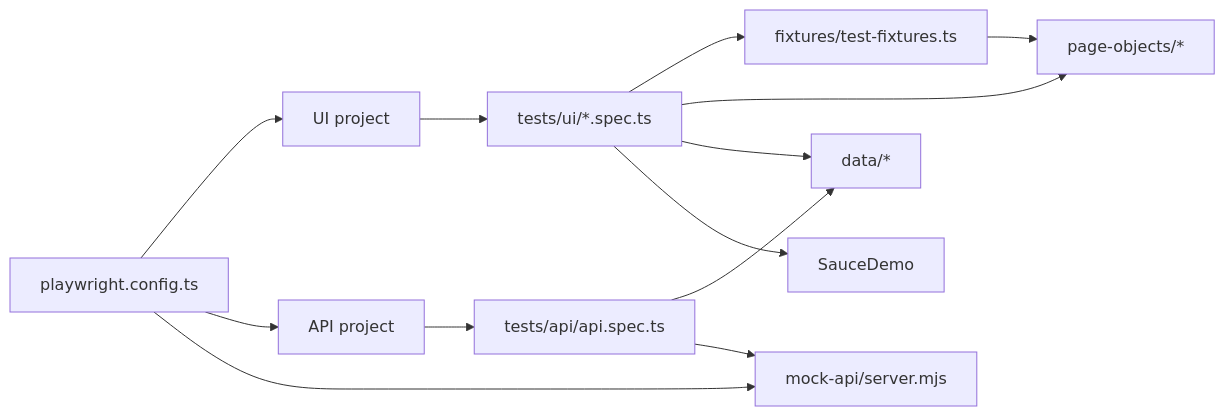
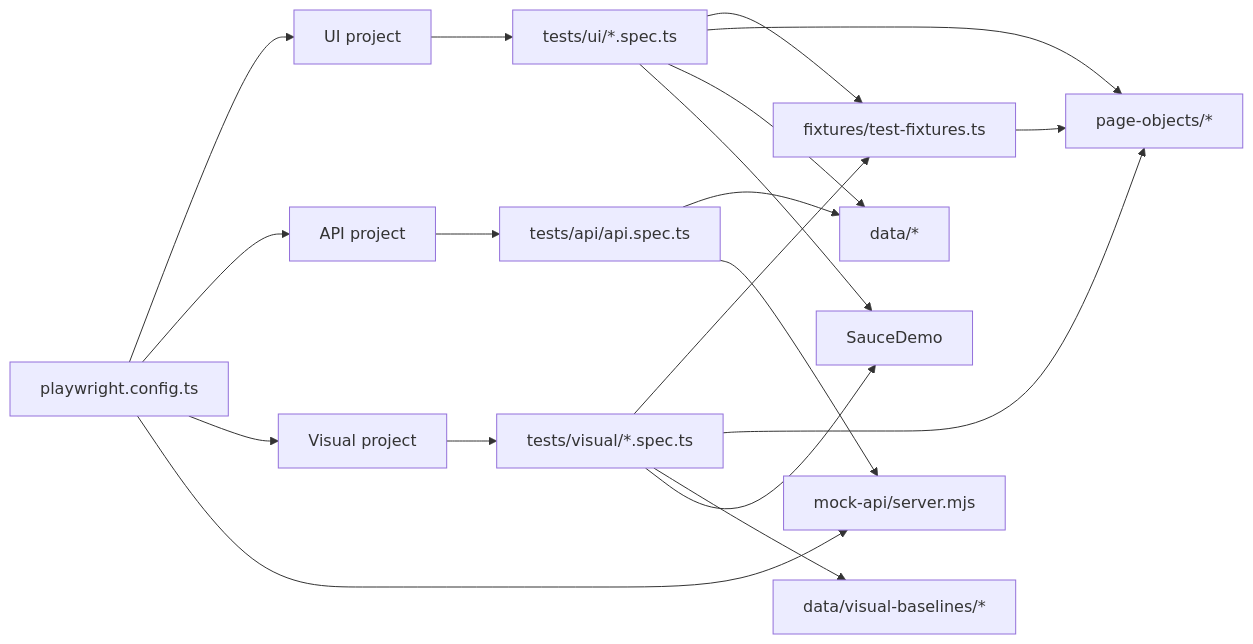
Before and after one commit to namthtran98/saucedemo-playwright: the diagram in docs/system-architecture.md, drawn with Mermaid. The commit also changed other lines of this file and 13 other files, not shown here.

````diff
--- a/docs/system-architecture.md
+++ b/docs/system-architecture.md
@@ -9,26 +9,35 @@
 ```mermaid
 flowchart LR
   Config[playwright.config.ts]
   UIProject[UI project]
   APIProject[API project]
+  VisualProject[Visual project]
   SpecsUI[tests/ui/*.spec.ts]
   SpecsAPI[tests/api/api.spec.ts]
+  SpecsVisual[tests/visual/*.spec.ts]
   Fixtures[fixtures/test-fixtures.ts]
   POM[page-objects/*]
   Data[data/*]
+  Baselines[data/visual-baselines/*]
   SauceDemo[SauceDemo]
   MockAPI[mock-api/server.mjs]
 
   Config --> UIProject
   Config --> APIProject
+  Config --> VisualProject
   Config --> MockAPI
   UIProject --> SpecsUI
   APIProject --> SpecsAPI
+  VisualProject --> SpecsVisual
   SpecsUI --> Fixtures
+  SpecsVisual --> Fixtures
   Fixtures --> POM
   SpecsUI --> POM
+  SpecsVisual --> POM
   SpecsUI --> Data
   SpecsAPI --> Data
+  SpecsVisual --> Baselines
   SpecsUI --> SauceDemo
+  SpecsVisual --> SauceDemo
   SpecsAPI --> MockAPI
 ```
````
